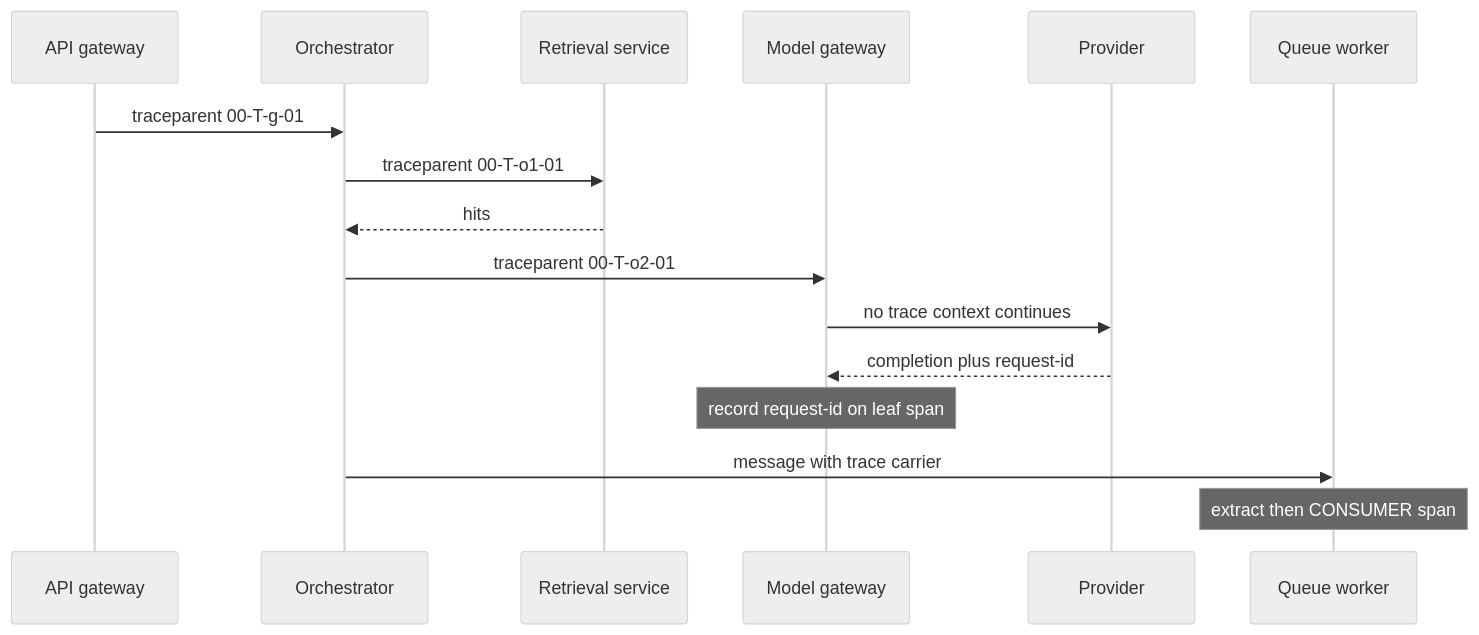
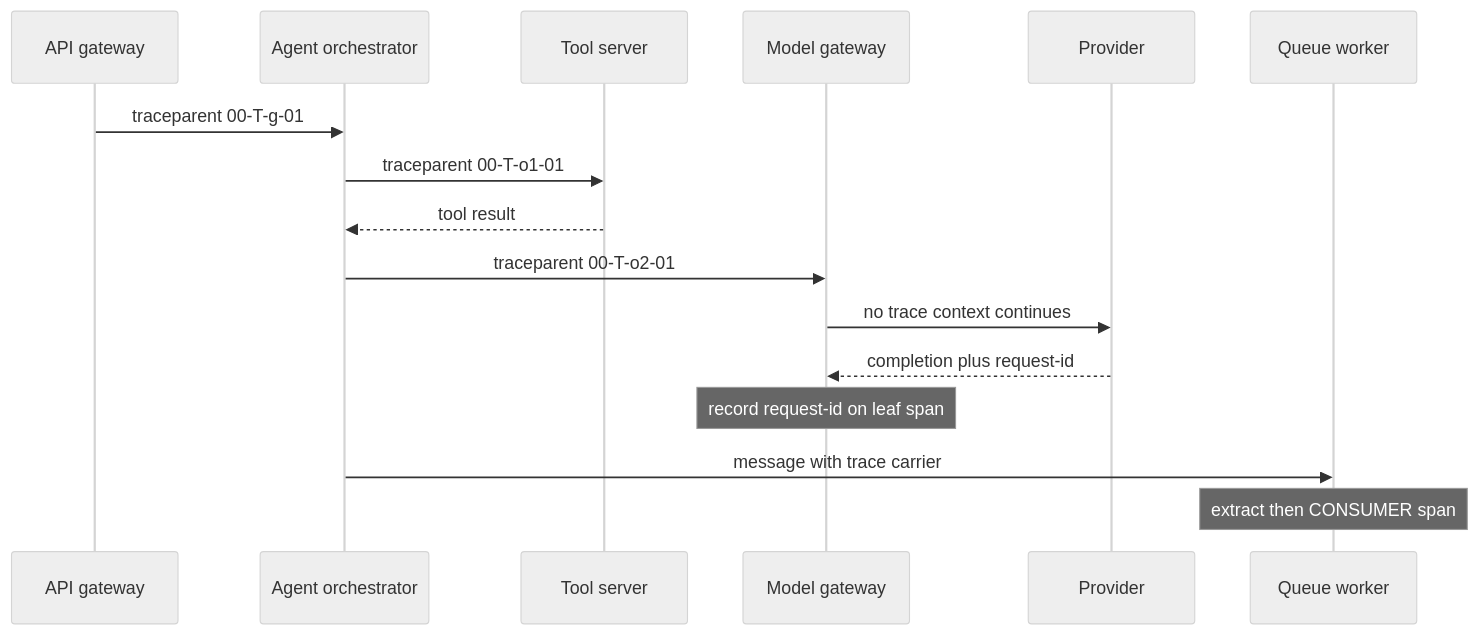
One commit to lovishmahajan97/agentic-learning changed the diagram in content/observability/distributed-tracing-across-services.md. Above: the diagram before and after it, drawn with Mermaid (neutral theme). The commit also changed other lines of this file and 485 other files, not shown here.

````diff
--- a/content/observability/distributed-tracing-across-services.md
+++ b/content/observability/distributed-tracing-across-services.md
@@ -120,18 +145,18 @@
 ```mermaid
 sequenceDiagram
     participant G as API gateway
-    participant O as Orchestrator
-    participant R as Retrieval service
+    participant O as Agent orchestrator
+    participant R as Tool server
     participant M as Model gateway
     participant P as Provider
     participant Q as Queue worker
     G->>O: traceparent 00-T-g-01
     O->>R: traceparent 00-T-o1-01
-    R-->>O: hits
+    R-->>O: tool result
     O->>M: traceparent 00-T-o2-01
     M->>P: no trace context continues
     P-->>M: completion plus request-id
     Note over M: record request-id on leaf span
     O->>Q: message with trace carrier
     Note over Q: extract then CONSUMER span
 ```
````
